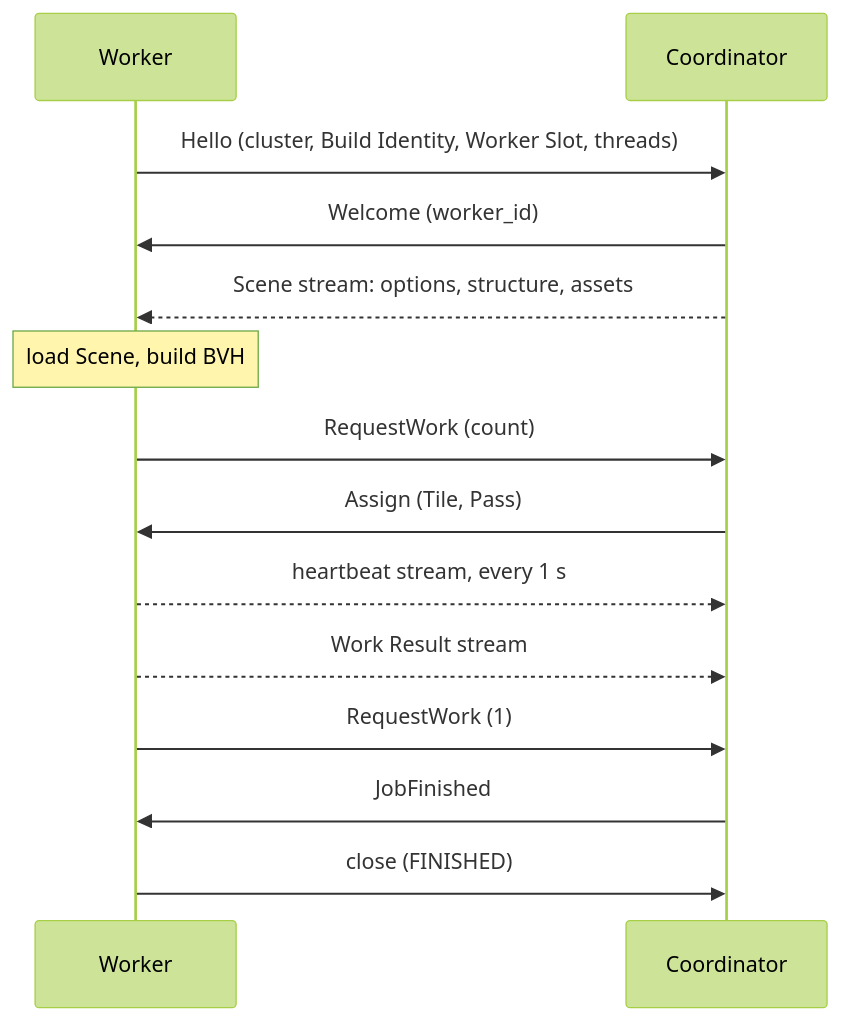
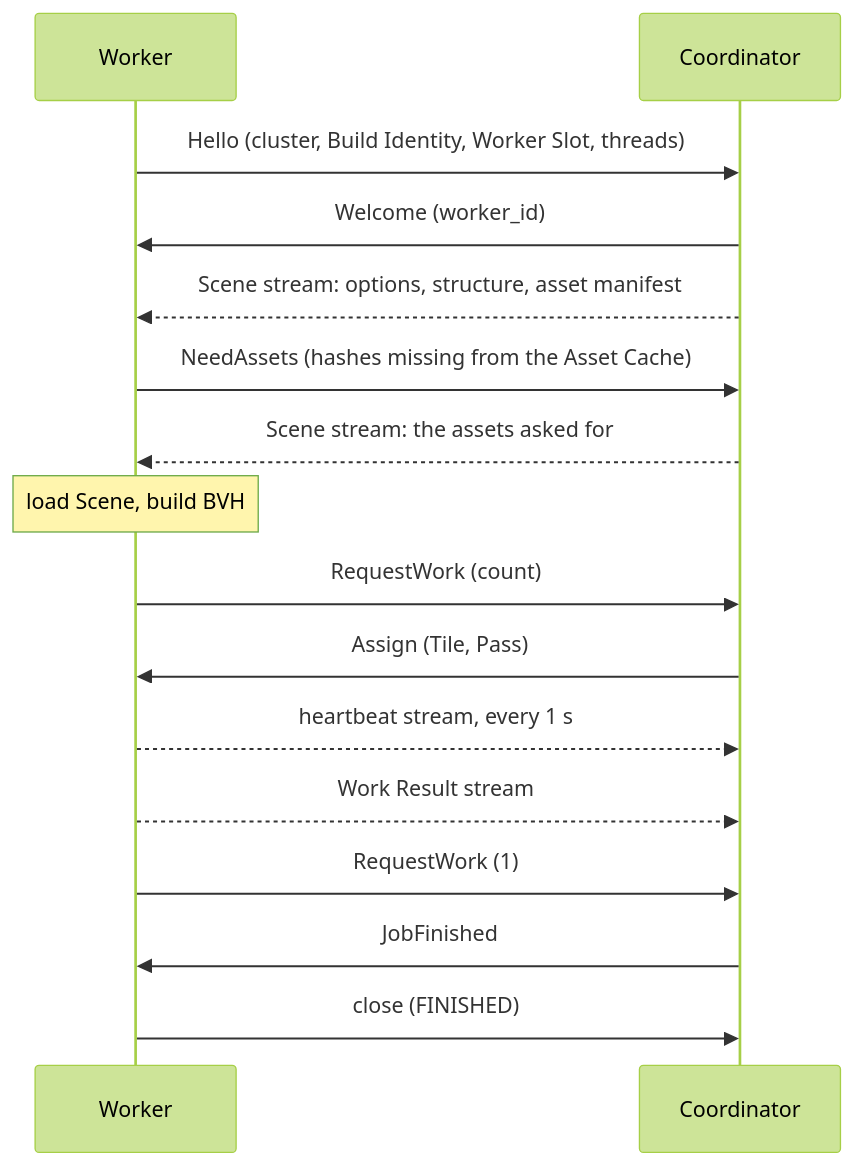
One commit to sergioffpc/umbra changed diagram 11 of 11 in docs/architecture/08-crosscutting-concepts.md. Above: the diagram before and after it, drawn with Mermaid (forest theme). The commit also changed other lines of this file and 8 other files, not shown here.

First line of the commit message:
docs(adr): cache assets on each worker host

````diff
--- a/docs/architecture/08-crosscutting-concepts.md
+++ b/docs/architecture/08-crosscutting-concepts.md
@@ -369,16 +369,18 @@
 ```mermaid
 sequenceDiagram
     participant W as Worker
     participant C as Coordinator
     W->>C: Hello (cluster, Build Identity, Worker Slot, threads)
     C->>W: Welcome (worker_id)
-    C-->>W: Scene stream: options, structure, assets
+    C-->>W: Scene stream: options, structure, asset manifest
+    W->>C: NeedAssets (hashes missing from the Asset Cache)
+    C-->>W: Scene stream: the assets asked for
     Note over W: load Scene, build BVH
     W->>C: RequestWork (count)
     C->>W: Assign (Tile, Pass)
     W-->>C: heartbeat stream, every 1 s
     W-->>C: Work Result stream
     W->>C: RequestWork (1)
     C->>W: JobFinished
     W->>C: close (FINISHED)
 ```
````
